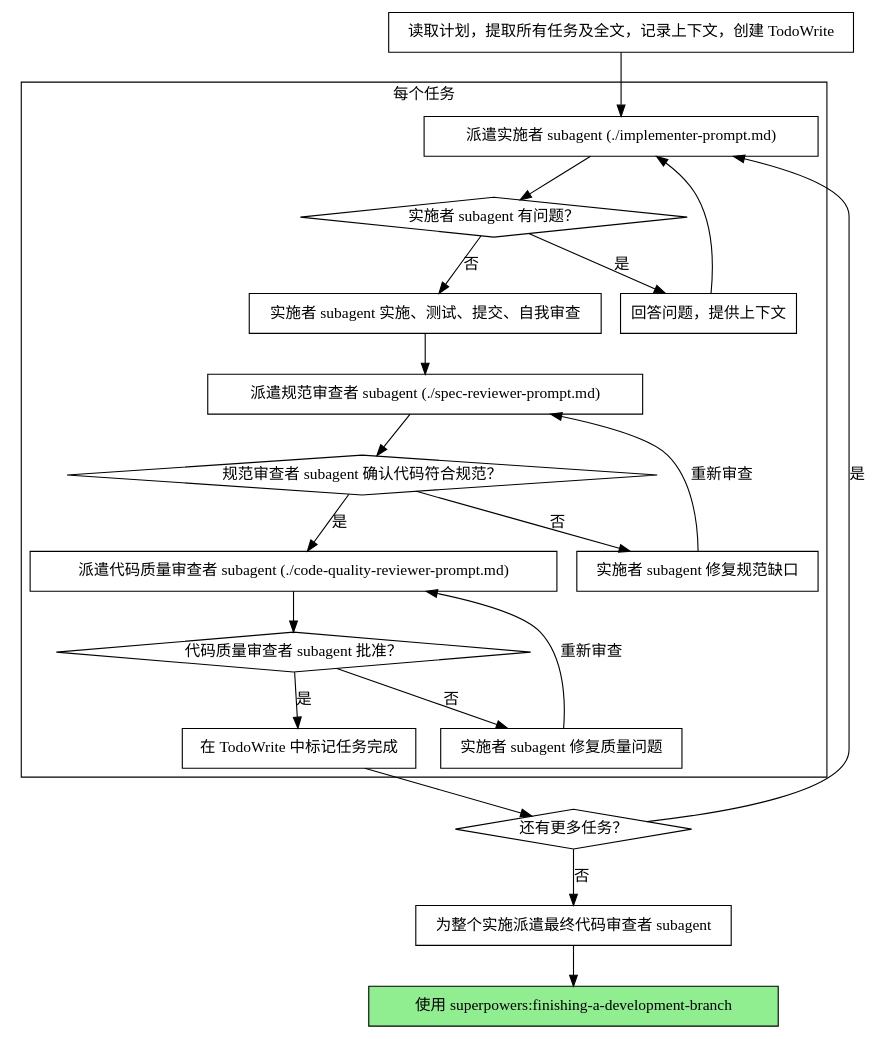
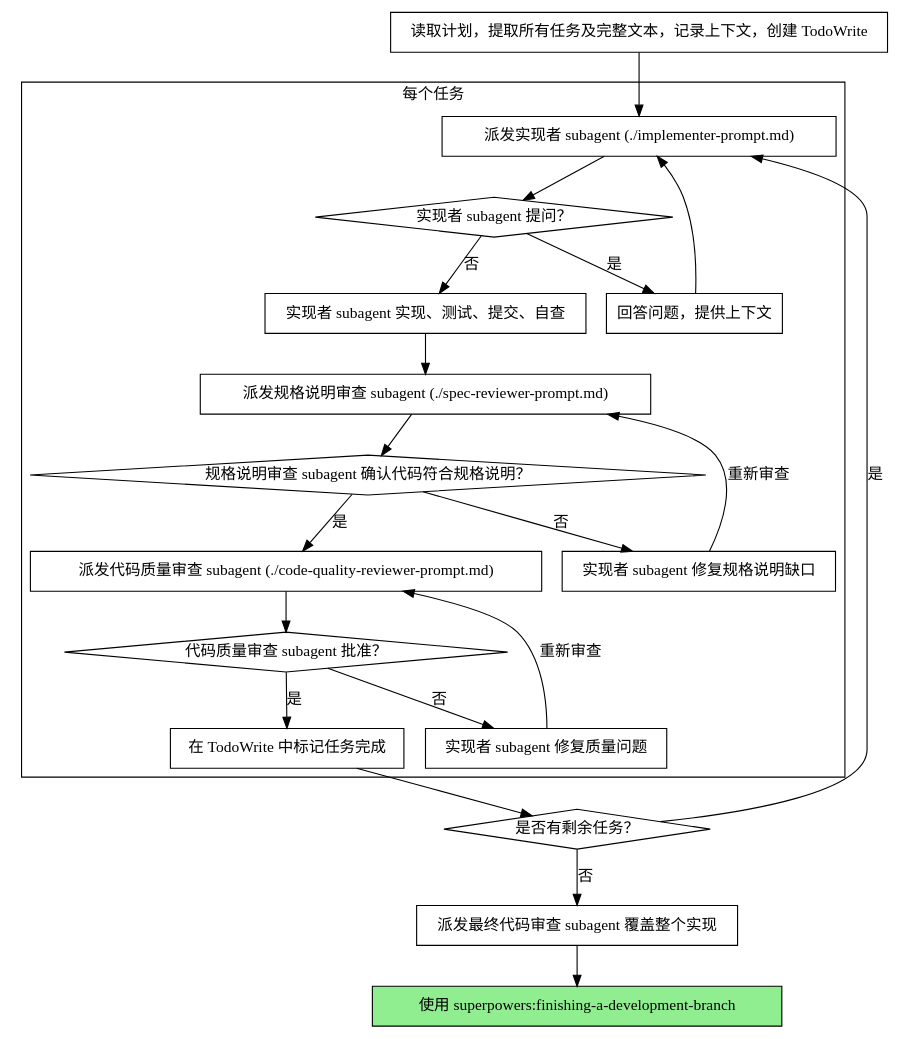
One commit to camtrik/harness-study changed the second of 2 diagrams in superpower/translation-cn/.claude/skills/subagent-driven-development/SKILL.md. Above: the diagram before and after it, drawn with Graphviz. The commit also changed other lines of this file and 42 other files, not shown here.

````diff
--- a/superpower/translation-cn/.claude/skills/subagent-driven-development/SKILL.md
+++ b/superpower/translation-cn/.claude/skills/subagent-driven-development/SKILL.md
@@ -44,44 +44,44 @@
 ```dot
 digraph process {
     rankdir=TB;
 
     subgraph cluster_per_task {
         label="每个任务";
-        "派遣实施者 subagent (./implementer-prompt.md)" [shape=box];
-        "实施者 subagent 有问题？" [shape=diamond];
+        "派发实现者 subagent (./implementer-prompt.md)" [shape=box];
+        "实现者 subagent 提问？" [shape=diamond];
         "回答问题，提供上下文" [shape=box];
-        "实施者 subagent 实施、测试、提交、自我审查" [shape=box];
-        "派遣规范审查者 subagent (./spec-reviewer-prompt.md)" [shape=box];
-        "规范审查者 subagent 确认代码符合规范？" [shape=diamond];
-        "实施者 subagent 修复规范缺口" [shape=box];
-        "派遣代码质量审查者 subagent (./code-quality-reviewer-prompt.md)" [shape=box];
-        "代码质量审查者 subagent 批准？" [shape=diamond];
-        "实施者 subagent 修复质量问题" [shape=box];
+        "实现者 subagent 实现、测试、提交、自查" [shape=box];
+        "派发规格说明审查 subagent (./spec-reviewer-prompt.md)" [shape=box];
+        "规格说明审查 subagent 确认代码符合规格说明？" [shape=diamond];
+        "实现者 subagent 修复规格说明缺口" [shape=box];
+        "派发代码质量审查 subagent (./code-quality-reviewer-prompt.md)" [shape=box];
+        "代码质量审查 subagent 批准？" [shape=diamond];
+        "实现者 subagent 修复质量问题" [shape=box];
         "在 TodoWrite 中标记任务完成" [shape=box];
     }
 
-    "读取计划，提取所有任务及全文，记录上下文，创建 TodoWrite" [shape=box];
-    "还有更多任务？" [shape=diamond];
-    "为整个实施派遣最终代码审查者 subagent" [shape=box];
+    "读取计划，提取所有任务及完整文本，记录上下文，创建 TodoWrite" [shape=box];
+    "是否有剩余任务？" [shape=diamond];
+    "派发最终代码审查 subagent 覆盖整个实现" [shape=box];
     "使用 superpowers:finishing-a-development-branch" [shape=box style=filled fillcolor=lightgreen];
 
-    "读取计划，提取所有任务及全文，记录上下文，创建 TodoWrite" -> "派遣实施者 subagent (./implementer-prompt.md)";
-    "派遣实施者 subagent (./implementer-prompt.md)" -> "实施者 subagent 有问题？";
-    "实施者 subagent 有问题？" -> "回答问题，提供上下文" [label="是"];
-    "回答问题，提供上下文" -> "派遣实施者 subagent (./implementer-prompt.md)";
-    "实施者 subagent 有问题？" -> "实施者 subagent 实施、测试、提交、自我审查" [label="否"];
-    "实施者 subagent 实施、测试、提交、自我审查" -> "派遣规范审查者 subagent (./spec-reviewer-prompt.md)";
-    "派遣规范审查者 subagent (./spec-reviewer-prompt.md)" -> "规范审查者 subagent 确认代码符合规范？";
-    "规范审查者 subagent 确认代码符合规范？" -> "实施者 subagent 修复规范缺口" [label="否"];
-    "实施者 subagent 修复规范缺口" -> "派遣规范审查者 subagent (./spec-reviewer-prompt.md)" [label="重新审查"];
-    "规范审查者 subagent 确认代码符合规范？" -> "派遣代码质量审查者 subagent (./code-quality-reviewer-prompt.md)" [label="是"];
-    "派遣代码质量审查者 subagent (./code-quality-reviewer-prompt.md)" -> "代码质量审查者 subagent 批准？";
-    "代码质量审查者 subagent 批准？" -> "实施者 subagent 修复质量问题" [label="否"];
-    "实施者 subagent 修复质量问题" -> "派遣代码质量审查者 subagent (./code-quality-reviewer-prompt.md)" [label="重新审查"];
-    "代码质量审查者 subagent 批准？" -> "在 TodoWrite 中标记任务完成" [label="是"];
-    "在 TodoWrite 中标记任务完成" -> "还有更多任务？";
-    "还有更多任务？" -> "派遣实施者 subagent (./implementer-prompt.md)" [label="是"];
-    "还有更多任务？" -> "为整个实施派遣最终代码审查者 subagent" [label="否"];
-    "为整个实施派遣最终代码审查者 subagent" -> "使用 superpowers:finishing-a-development-branch";
+    "读取计划，提取所有任务及完整文本，记录上下文，创建 TodoWrite" -> "派发实现者 subagent (./implementer-prompt.md)";
+    "派发实现者 subagent (./implementer-prompt.md)" -> "实现者 subagent 提问？";
+    "实现者 subagent 提问？" -> "回答问题，提供上下文" [label="是"];
+    "回答问题，提供上下文" -> "派发实现者 subagent (./implementer-prompt.md)";
+    "实现者 subagent 提问？" -> "实现者 subagent 实现、测试、提交、自查" [label="否"];
+    "实现者 subagent 实现、测试、提交、自查" -> "派发规格说明审查 subagent (./spec-reviewer-prompt.md)";
+    "派发规格说明审查 subagent (./spec-reviewer-prompt.md)" -> "规格说明审查 subagent 确认代码符合规格说明？";
+    "规格说明审查 subagent 确认代码符合规格说明？" -> "实现者 subagent 修复规格说明缺口" [label="否"];
+    "实现者 subagent 修复规格说明缺口" -> "派发规格说明审查 subagent (./spec-reviewer-prompt.md)" [label="重新审查"];
+    "规格说明审查 subagent 确认代码符合规格说明？" -> "派发代码质量审查 subagent (./code-quality-reviewer-prompt.md)" [label="是"];
+    "派发代码质量审查 subagent (./code-quality-reviewer-prompt.md)" -> "代码质量审查 subagent 批准？";
+    "代码质量审查 subagent 批准？" -> "实现者 subagent 修复质量问题" [label="否"];
+    "实现者 subagent 修复质量问题" -> "派发代码质量审查 subagent (./code-quality-reviewer-prompt.md)" [label="重新审查"];
+    "代码质量审查 subagent 批准？" -> "在 TodoWrite 中标记任务完成" [label="是"];
+    "在 TodoWrite 中标记任务完成" -> "是否有剩余任务？";
+    "是否有剩余任务？" -> "派发实现者 subagent (./implementer-prompt.md)" [label="是"];
+    "是否有剩余任务？" -> "派发最终代码审查 subagent 覆盖整个实现" [label="否"];
+    "派发最终代码审查 subagent 覆盖整个实现" -> "使用 superpowers:finishing-a-development-branch";
 }
 ```
````
